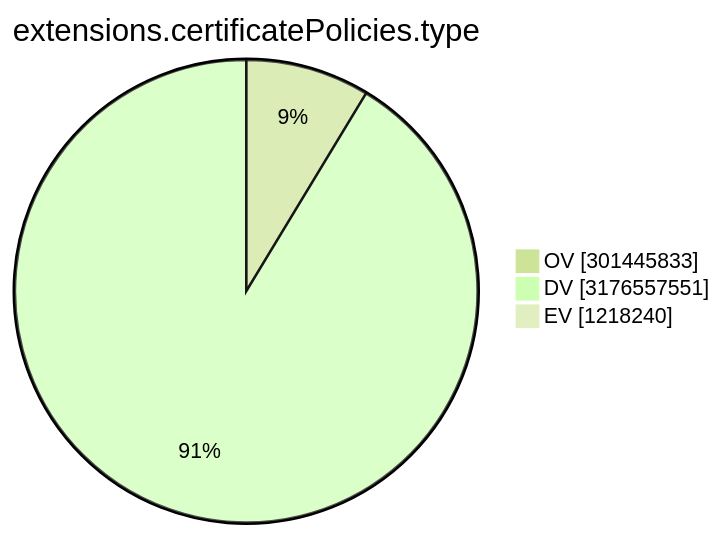
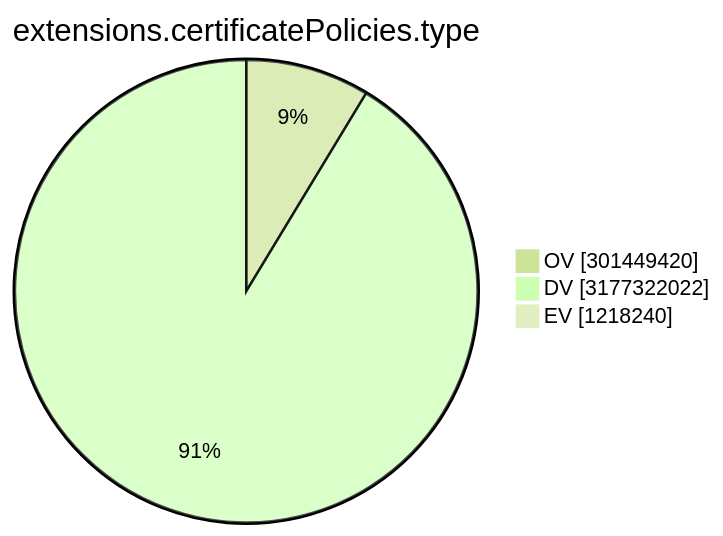
One commit to christiankrug/ctmonitor_visualization changed the ninth of 15 diagrams in TOTAL/README.md. Above: the diagram before and after it, drawn with Mermaid (forest theme). The commit also changed other lines of this file, not shown here.

````diff
--- a/TOTAL/README.md
+++ b/TOTAL/README.md
@@ -3105,7 +3106,7 @@
 ```mermaid
 pie showData
 title extensions.certificatePolicies.type
-"OV" :301445833
-"DV" :3176557551
+"OV" :301449420
+"DV" :3177322022
 "EV" :1218240
 ```
````
